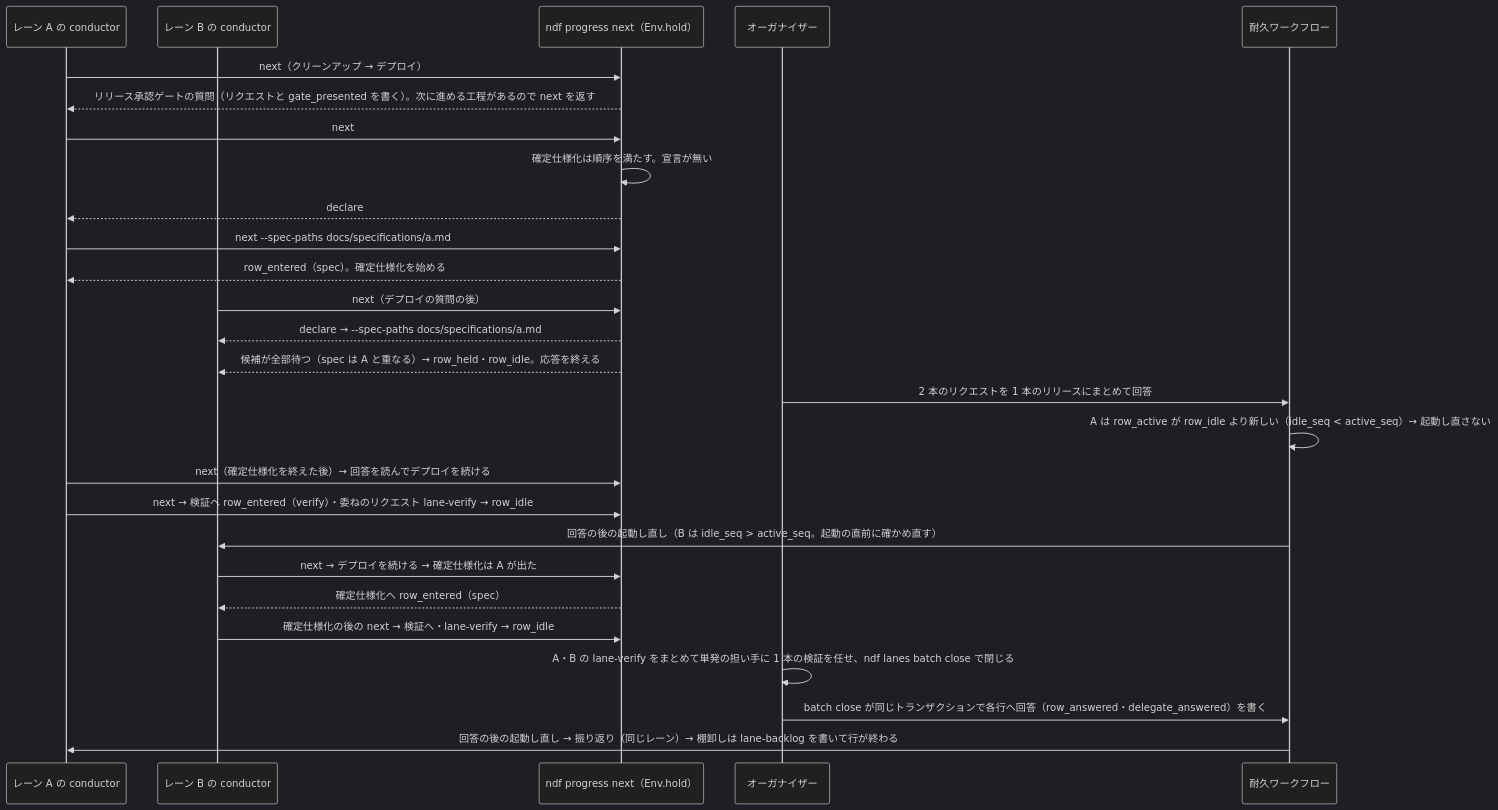
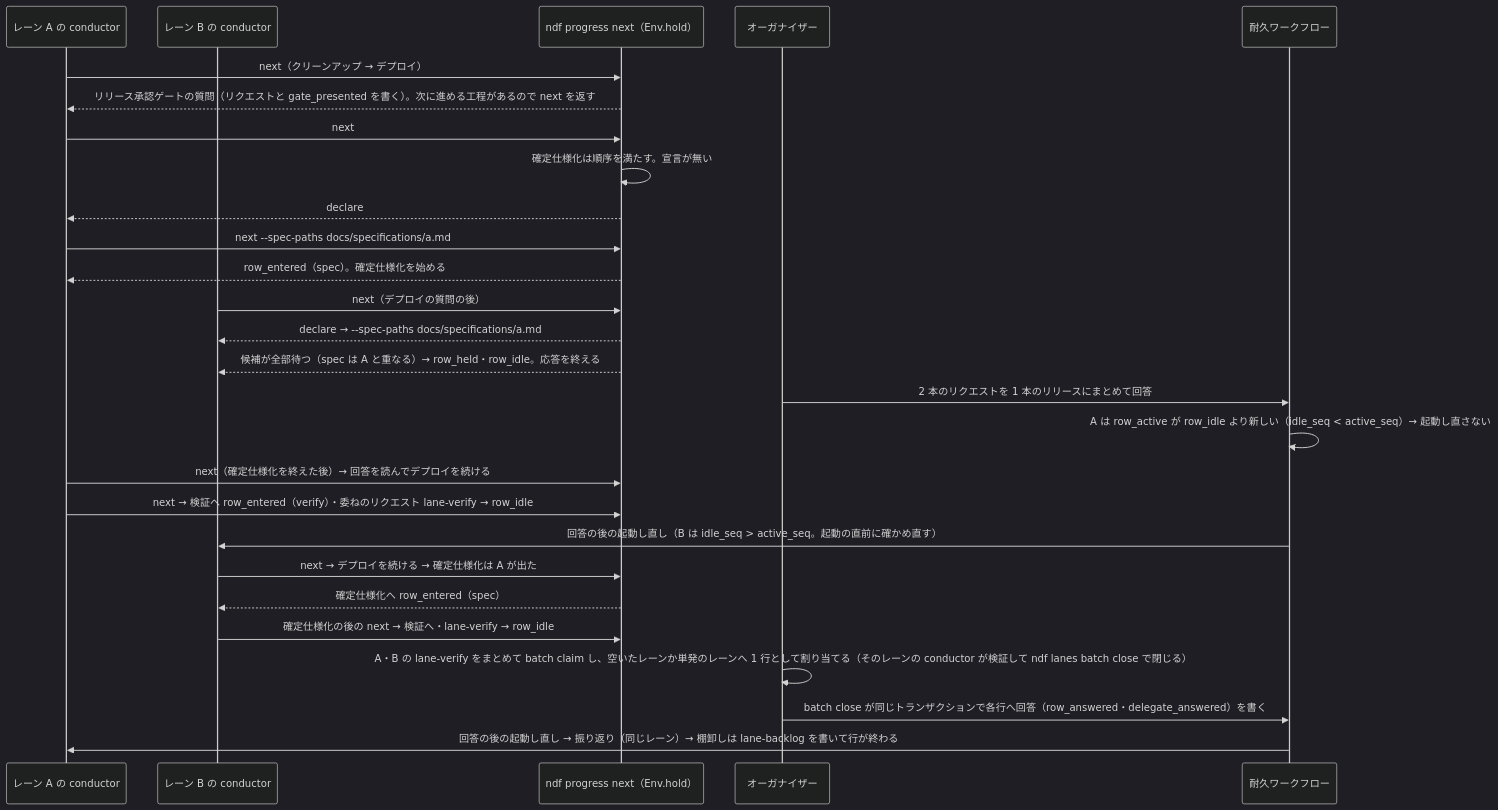
One commit to devbasex/ai-plugins changed the sixth of 7 diagrams in issues/issue-4050-design.md. Above: the diagram before and after it, drawn with Mermaid (dark theme). The commit also changed other lines of this file and 1 other file, not shown here.

````diff
--- a/issues/issue-4050-design.md
+++ b/issues/issue-4050-design.md
@@ -429,29 +429,29 @@
 ```mermaid
 sequenceDiagram
   participant A as レーン A の conductor
   participant B as レーン B の conductor
   participant P as ndf progress next（Env.hold）
   participant O as オーガナイザー
   participant WF as 耐久ワークフロー
   A->>P: next（クリーンアップ → デプロイ）
   P-->>A: リリース承認ゲートの質問（リクエストと gate_presented を書く）。次に進める工程があるので next を返す
   A->>P: next
   P->>P: 確定仕様化は順序を満たす。宣言が無い
   P-->>A: declare
   A->>P: next --spec-paths docs/specifications/a.md
   P-->>A: row_entered（spec）。確定仕様化を始める
   B->>P: next（デプロイの質問の後）
   P-->>B: declare → --spec-paths docs/specifications/a.md
   P-->>B: 候補が全部待つ（spec は A と重なる）→ row_held・row_idle。応答を終える
   O->>WF: 2 本のリクエストを 1 本のリリースにまとめて回答
   WF->>WF: A は row_active が row_idle より新しい（idle_seq < active_seq）→ 起動し直さない
   A->>P: next（確定仕様化を終えた後）→ 回答を読んでデプロイを続ける
   A->>P: next → 検証へ row_entered（verify）・委ねのリクエスト lane-verify → row_idle
   WF->>B: 回答の後の起動し直し（B は idle_seq > active_seq。起動の直前に確かめ直す）
   B->>P: next → デプロイを続ける → 確定仕様化は A が出た
   P-->>B: 確定仕様化へ row_entered（spec）
   B->>P: 確定仕様化の後の next → 検証へ・lane-verify → row_idle
-  O->>O: A・B の lane-verify をまとめて単発の担い手に 1 本の検証を任せ、ndf lanes batch close で閉じる
+  O->>O: A・B の lane-verify をまとめて batch claim し、空いたレーンか単発のレーンへ 1 行として割り当てる（そのレーンの conductor が検証して ndf lanes batch close で閉じる）
   O->>WF: batch close が同じトランザクションで各行へ回答（row_answered・delegate_answered）を書く
   WF->>A: 回答の後の起動し直し → 振り返り（同じレーン）→ 棚卸しは lane-backlog を書いて行が終わる
 ```
````
